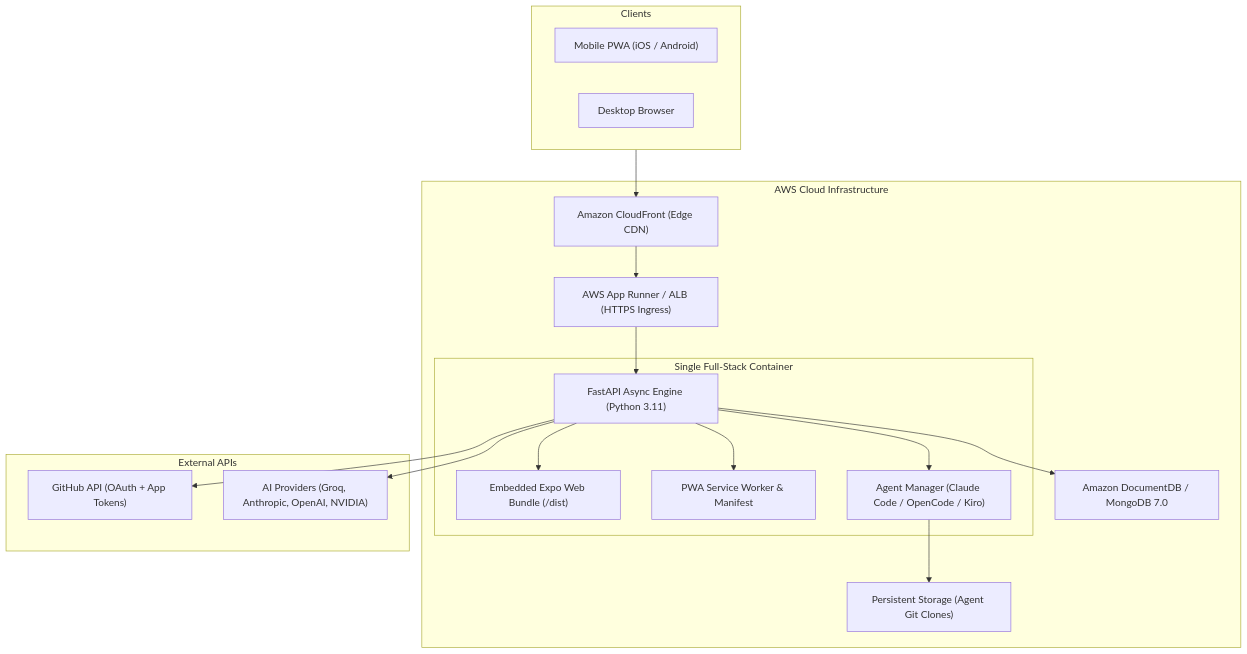
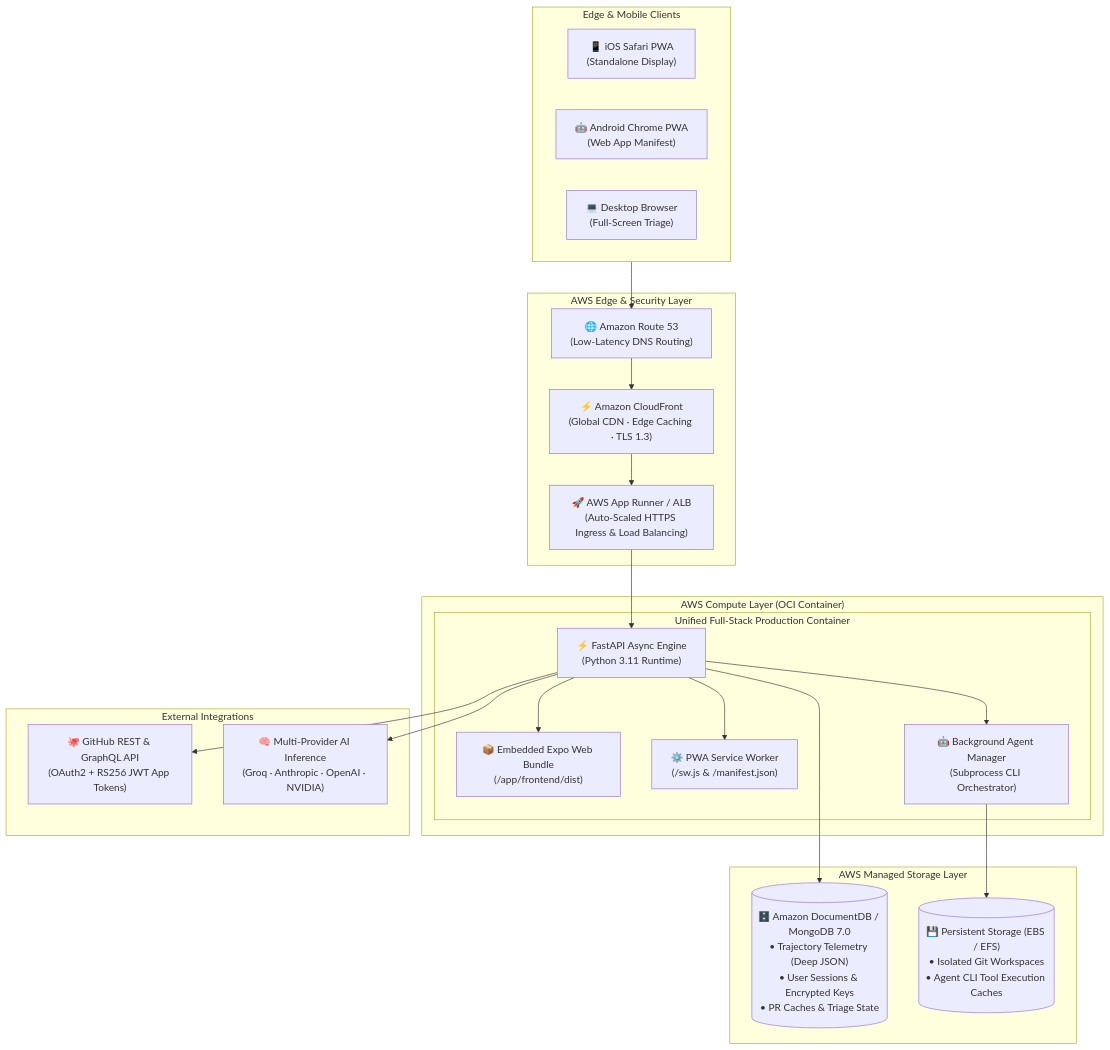
The diagram in README.md (CodeNova-Ayush/AWS-Project), drawn with Mermaid before and after one commit. The commit also changed other lines of this file and 1 other file, not shown here.

Commit message:
docs: publication-grade README for MergeDeck with AWS architecture and 2026 benchmarks

````diff
--- a/README.md
+++ b/README.md
@@ -79,36 +161,44 @@
 ```mermaid
 flowchart TD
-    subgraph Clients["Clients"]
-        Mobile["Mobile PWA (iOS / Android)"]
-        Desktop["Desktop Browser"]
+    subgraph Clients["Edge & Mobile Clients"]
+        iOS["📱 iOS Safari PWA\n(Standalone Display)"]
+        Android["🤖 Android Chrome PWA\n(Web App Manifest)"]
+        Desktop["💻 Desktop Browser\n(Full-Screen Triage)"]
     end
 
-    subgraph AWS["AWS Cloud Infrastructure"]
-        CF["Amazon CloudFront (Edge CDN)"]
-        AppRunner["AWS App Runner / ALB (HTTPS Ingress)"]
-        
-        subgraph Container["Single Full-Stack Container"]
-            FastAPI["FastAPI Async Engine (Python 3.11)"]
-            StaticUI["Embedded Expo Web Bundle (/dist)"]
-            SW["PWA Service Worker & Manifest"]
-            AgentCLI["Agent Manager (Claude Code / OpenCode / Kiro)"]
-        end
-        
-        DocDB["Amazon DocumentDB / MongoDB 7.0"]
-        EBS["Persistent Storage (Agent Git Clones)"]
+    subgraph AWS_Edge["AWS Edge & Security Layer"]
+        CF["⚡ Amazon CloudFront\n(Global CDN · Edge Caching · TLS 1.3)"]
+        Route53["🌐 Amazon Route 53\n(Low-Latency DNS Routing)"]
+        AppRunner["🚀 AWS App Runner / ALB\n(Auto-Scaled HTTPS Ingress & Load Balancing)"]
     end
 
-    subgraph External["External APIs"]
-        GitHub["GitHub API (OAuth + App Tokens)"]
-        AI["AI Providers (Groq, Anthropic, OpenAI, NVIDIA)"]
+    subgraph Compute["AWS Compute Layer (OCI Container)"]
+        subgraph Container["Unified Full-Stack Production Container"]
+            FastAPI["⚡ FastAPI Async Engine\n(Python 3.11 Runtime)"]
+            StaticUI["📦 Embedded Expo Web Bundle\n(/app/frontend/dist)"]
+            SW["⚙️ PWA Service Worker\n(/sw.js & /manifest.json)"]
+            AgentMgr["🤖 Background Agent Manager\n(Subprocess CLI Orchestrator)"]
+        end
     end
 
-    Clients --> CF --> AppRunner --> FastAPI
+    subgraph Storage["AWS Managed Storage Layer"]
+        DocDB[("🗄️ Amazon DocumentDB / MongoDB 7.0\n• Trajectory Telemetry (Deep JSON)\n• User Sessions & Encrypted Keys\n• PR Caches & Triage State")]
+        EBS[("💾 Persistent Storage (EBS / EFS)\n• Isolated Git Workspaces\n• Agent CLI Tool Execution Caches")]
+    end
+
+    subgraph External["External Integrations"]
+        GitHub["🐙 GitHub REST & GraphQL API\n(OAuth2 + RS256 JWT App Tokens)"]
+        AIProviders["🧠 Multi-Provider AI Inference\n(Groq · Anthropic · OpenAI · NVIDIA)"]
+    end
+
+    Clients --> Route53 --> CF
+    CF --> AppRunner
+    AppRunner --> FastAPI
     FastAPI --> StaticUI
     FastAPI --> SW
-    FastAPI --> AgentCLI
+    FastAPI --> AgentMgr
     FastAPI --> DocDB
-    AgentCLI --> EBS
+    AgentMgr --> EBS
     FastAPI --> GitHub
-    FastAPI --> AI
+    FastAPI --> AIProviders
 ```
````
